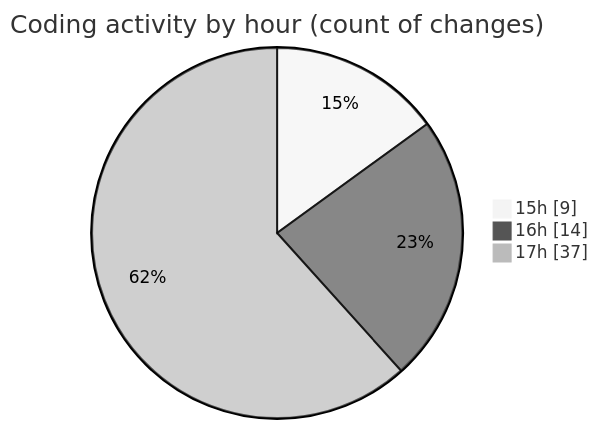
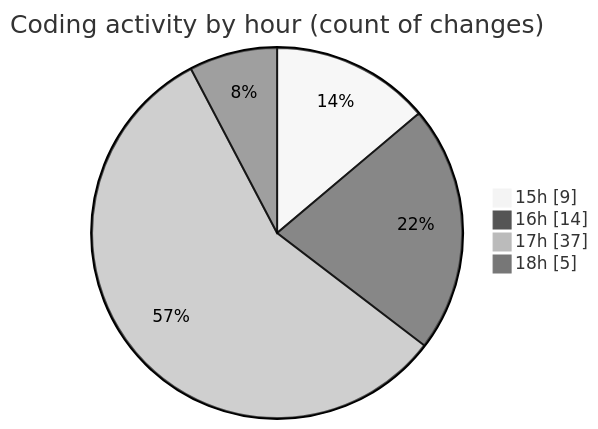
One commit to debugP/code-tracking changed the second of 2 diagrams in 2026-06-30/wp-content/README.md. Above: the diagram before and after it, drawn with Mermaid (neutral theme). The commit also changed other lines of this file and 1 other file, not shown here.

````diff
--- a/2026-06-30/wp-content/README.md
+++ b/2026-06-30/wp-content/README.md
@@ -50,7 +50,8 @@
 ```mermaid
 pie showData
 title Coding activity by hour (count of changes)
 "15h" : 9
 "16h" : 14
 "17h" : 37
+"18h" : 5
 ```
````
